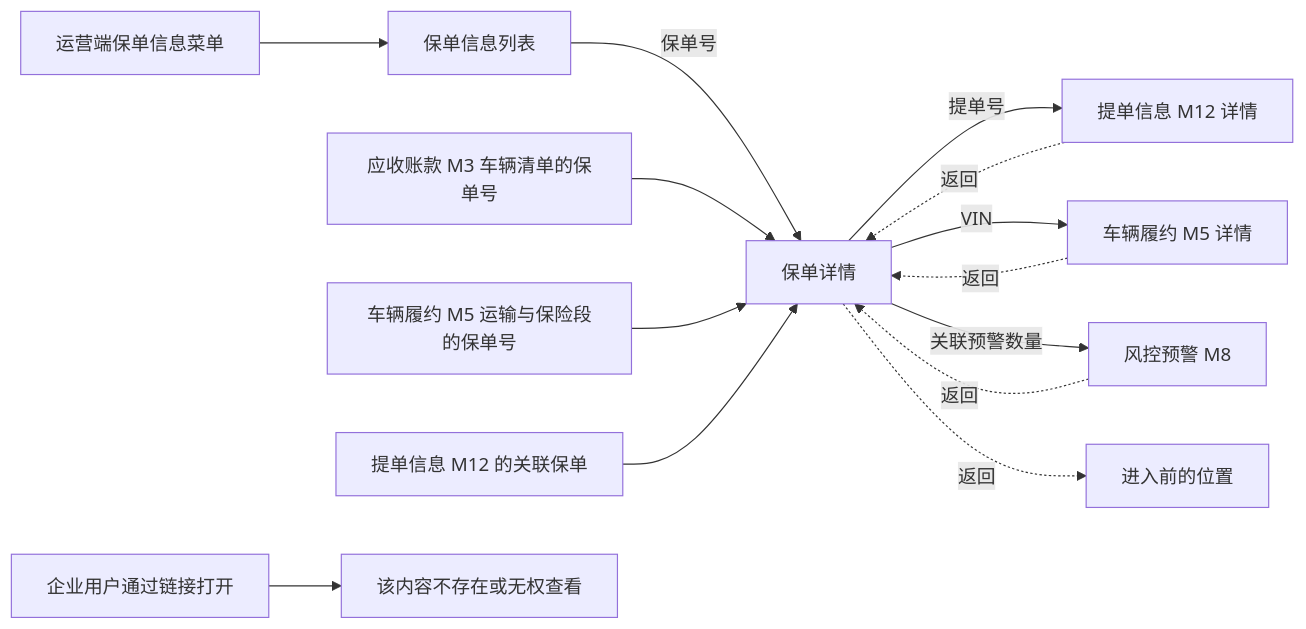
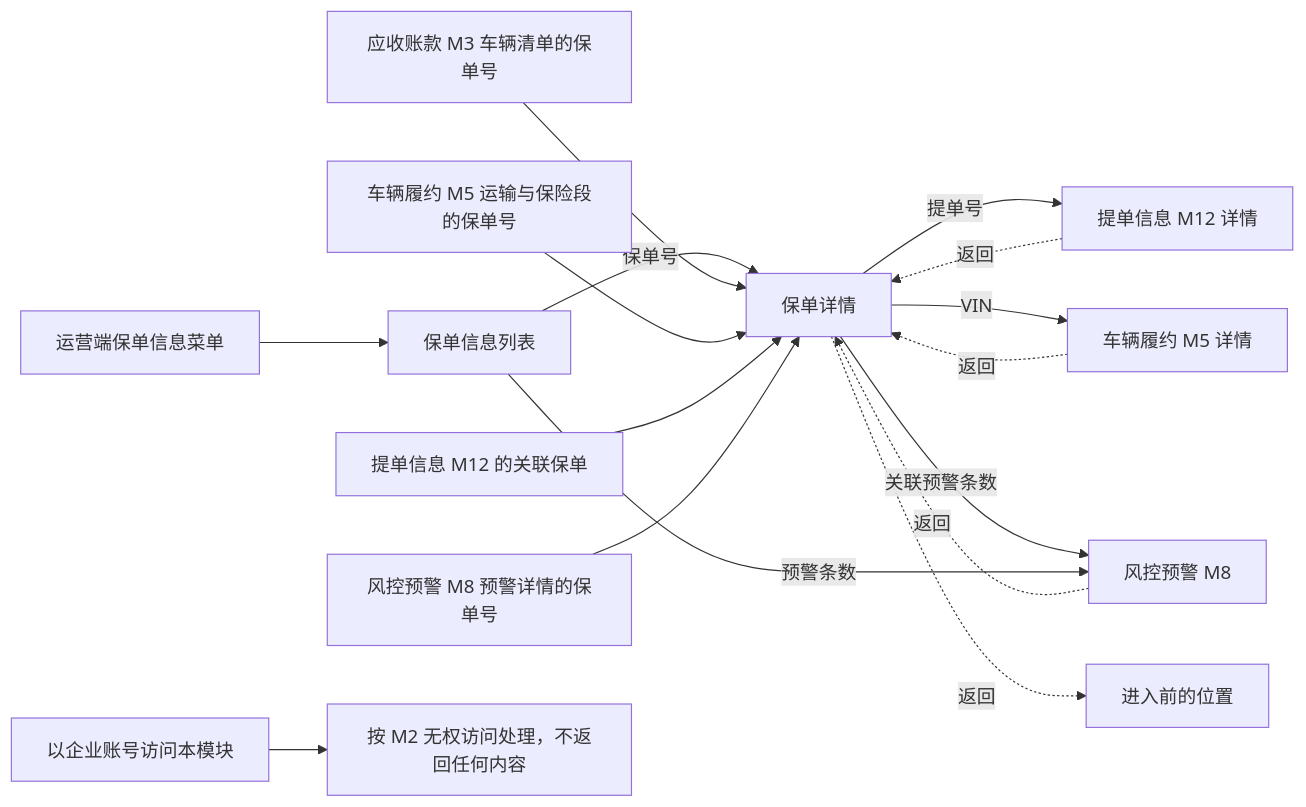
One commit to wxblockchain/Chain-Financing changed the third of 3 diagrams in asset-trust-platform/PRD/运营端/M13-保单信息/02-保单信息-流程图与状态机.md. Above: the diagram before and after it, drawn with Mermaid. The commit also changed other lines of this file and 3 other files, not shown here.

````diff
--- a/asset-trust-platform/PRD/运营端/M13-保单信息/02-保单信息-流程图与状态机.md
+++ b/asset-trust-platform/PRD/运营端/M13-保单信息/02-保单信息-流程图与状态机.md
@@ -62,16 +62,18 @@
 ```mermaid
 flowchart LR
     MENU[运营端保单信息菜单] --> LIST[保单信息列表]
     LIST -->|保单号| D[保单详情]
     AR[应收账款 M3 车辆清单的保单号] --> D
     V[车辆履约 M5 运输与保险段的保单号] --> D
     BL[提单信息 M12 的关联保单] --> D
+    RW[风控预警 M8 预警详情的保单号] --> D
     D -->|提单号| BL2[提单信息 M12 详情]
     D -->|VIN| V2[车辆履约 M5 详情]
-    D -->|关联预警数量| W[风控预警 M8]
+    D -->|关联预警条数| W[风控预警 M8]
+    LIST -->|预警条数| W
     BL2 -. 返回 .-> D
     V2 -. 返回 .-> D
     W -. 返回 .-> D
     D -. 返回 .-> FROM[进入前的位置]
-    ENT[企业用户通过链接打开] --> NA[该内容不存在或无权查看]
+    ENT[以企业账号访问本模块] --> NA[按 M2 无权访问处理，不返回任何内容]
 ```
````
